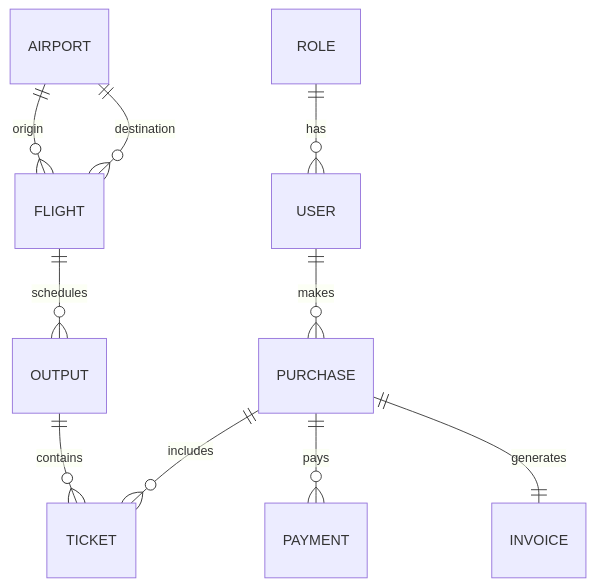
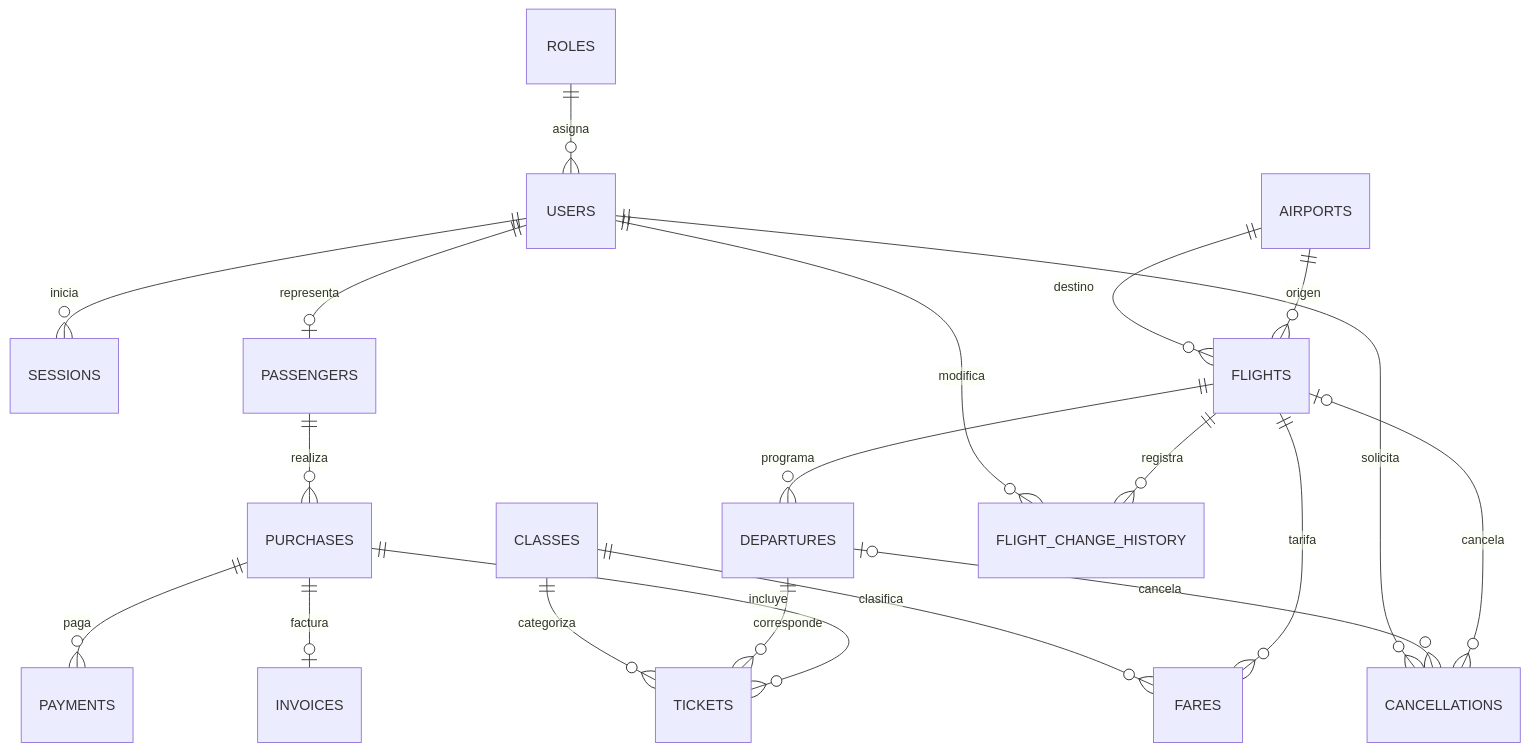
One commit to Jona-77/SIGVA changed the diagram in docs/modelo-datos.md. Above: the diagram before and after it, drawn with Mermaid. The commit also changed other lines of this file and 25 other files, not shown here.

````diff
--- a/docs/modelo-datos.md
+++ b/docs/modelo-datos.md
@@ -33,12 +34,22 @@
 ```mermaid
 erDiagram
-  ROLE ||--o{ USER : has
-  AIRPORT ||--o{ FLIGHT : origin
-  AIRPORT ||--o{ FLIGHT : destination
-  FLIGHT ||--o{ OUTPUT : schedules
-  USER ||--o{ PURCHASE : makes
-  PURCHASE ||--o{ TICKET : includes
-  OUTPUT ||--o{ TICKET : contains
-  PURCHASE ||--o{ PAYMENT : pays
-  PURCHASE ||--|| INVOICE : generates
+  ROLES ||--o{ USERS : asigna
+  USERS ||--o{ SESSIONS : inicia
+  USERS ||--o| PASSENGERS : representa
+  AIRPORTS ||--o{ FLIGHTS : origen
+  AIRPORTS ||--o{ FLIGHTS : destino
+  FLIGHTS ||--o{ DEPARTURES : programa
+  FLIGHTS ||--o{ FARES : tarifa
+  CLASSES ||--o{ FARES : clasifica
+  PASSENGERS ||--o{ PURCHASES : realiza
+  PURCHASES ||--o{ TICKETS : incluye
+  DEPARTURES ||--o{ TICKETS : corresponde
+  CLASSES ||--o{ TICKETS : categoriza
+  PURCHASES ||--o{ PAYMENTS : paga
+  PURCHASES ||--o| INVOICES : factura
+  FLIGHTS ||--o{ FLIGHT_CHANGE_HISTORY : registra
+  USERS ||--o{ FLIGHT_CHANGE_HISTORY : modifica
+  FLIGHTS o|--o{ CANCELLATIONS : cancela
+  DEPARTURES o|--o{ CANCELLATIONS : cancela
+  USERS ||--o{ CANCELLATIONS : solicita
 ```
````
